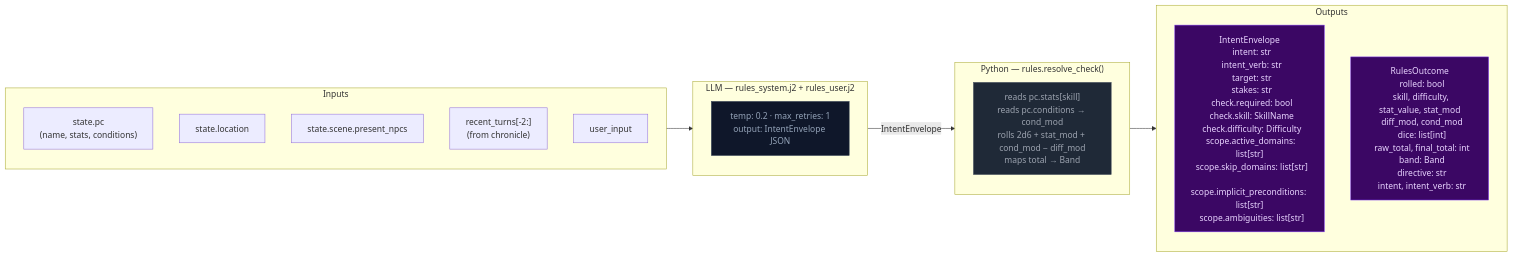
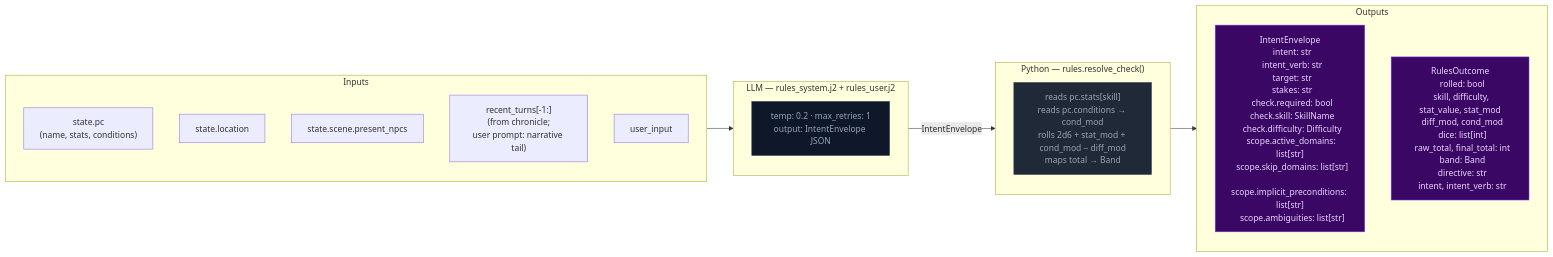
Before and after one commit to pww217/fablethread: the second of 11 diagrams in ARCHITECTURE.md, drawn with Mermaid. The commit also changed other lines of this file and 15 other files, not shown here.

````diff
--- a/ARCHITECTURE.md
+++ b/ARCHITECTURE.md
@@ -81,32 +81,32 @@
 ```mermaid
 flowchart LR
     classDef stageRules fill:#4c1d95,color:#ddd6fe,stroke:#7c3aed
     classDef llmNode    fill:#0f172a,color:#94a3b8,stroke:#334155
     classDef pyNode     fill:#1f2937,color:#9ca3af,stroke:#4b5563
     classDef outNode    fill:#3b0764,color:#e9d5ff,stroke:#7c3aed
 
     subgraph IN["Inputs"]
         I1["state.pc<br>(name, stats, conditions)"]
         I2["state.location"]
         I3["state.scene.present_npcs"]
-        I4["recent_turns[-2:]<br>(from chronicle)"]
+        I4["recent_turns[-1:]<br>(from chronicle;<br>user prompt: narrative tail)"]
         I5["user_input"]
     end
 
     subgraph LLM0["LLM — rules_system.j2 + rules_user.j2"]
         L0["temp: 0.2 · max_retries: 1<br>output: IntentEnvelope JSON"]:::llmNode
     end
 
     subgraph PYRES["Python — rules.resolve_check()"]
         P0["reads pc.stats[skill]<br>reads pc.conditions → cond_mod<br>rolls 2d6 + stat_mod + cond_mod − diff_mod<br>maps total → Band"]:::pyNode
     end
 
     subgraph OUT["Outputs"]
         O1["IntentEnvelope<br>  intent: str<br>  intent_verb: str<br>  target: str<br>  stakes: str<br>  check.required: bool<br>  check.skill: SkillName<br>  check.difficulty: Difficulty<br>  scope.active_domains: list[str]<br>  scope.skip_domains: list[str]<br>  scope.implicit_preconditions: list[str]<br>  scope.ambiguities: list[str]"]:::outNode
         O2["RulesOutcome<br>  rolled: bool<br>  skill, difficulty, stat_value, stat_mod<br>  diff_mod, cond_mod<br>  dice: list[int]<br>  raw_total, final_total: int<br>  band: Band<br>  directive: str<br>  intent, intent_verb: str"]:::outNode
     end
 
     IN --> LLM0
     LLM0 -- "IntentEnvelope" --> PYRES
     PYRES --> OUT
 ```
````
